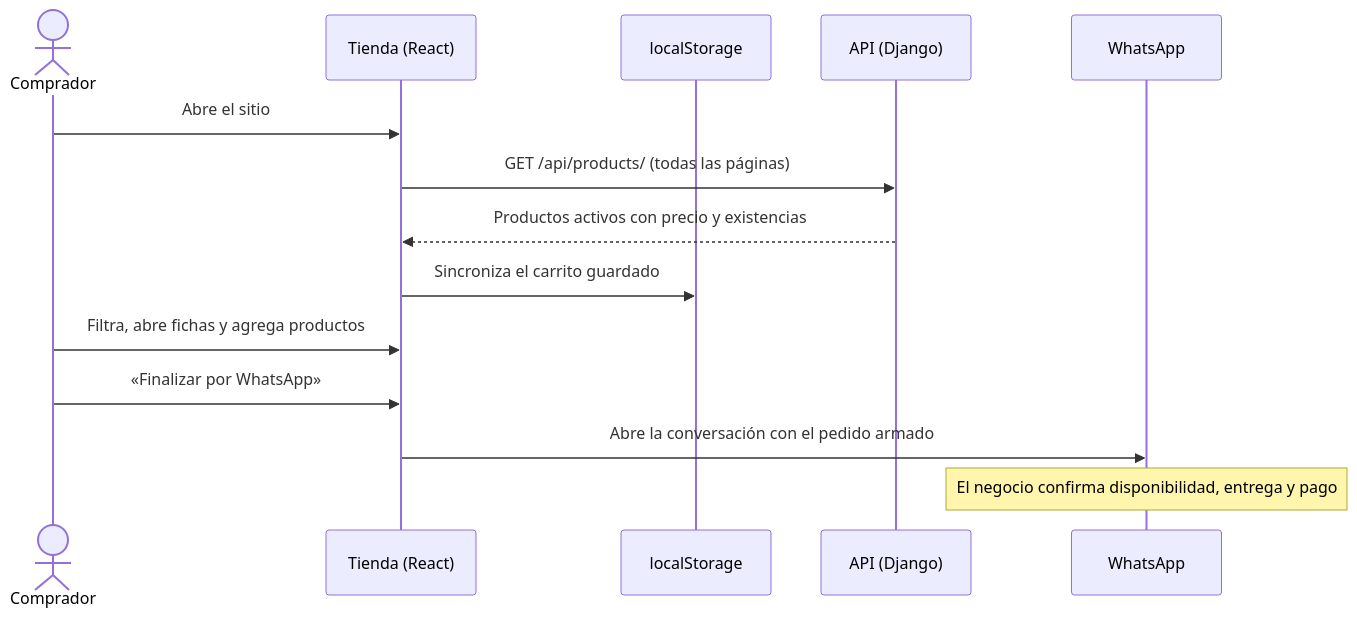
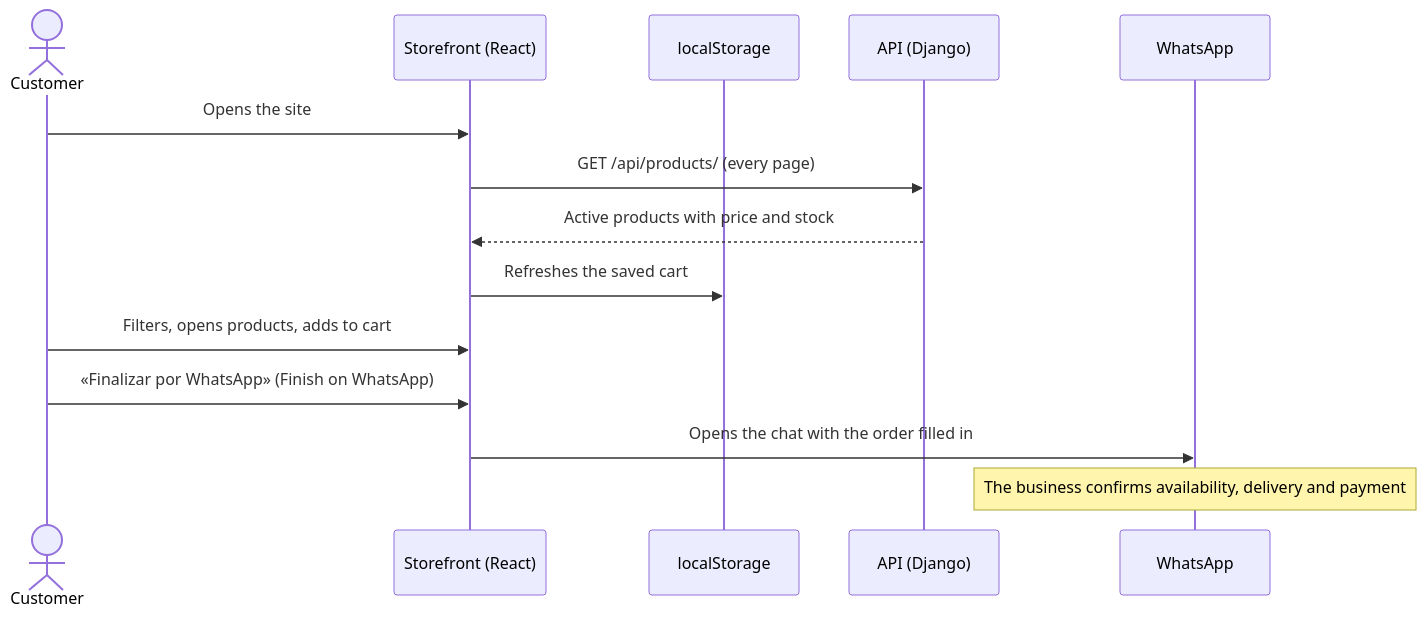
Before and after one commit to JonasJavier/Delicate-4.0: the first of 2 diagrams in README.md, drawn with Mermaid. The commit also changed other lines of this file and 6 other files, not shown here.

````diff
--- a/README.md
+++ b/README.md
@@ -98,17 +98,17 @@
 ```mermaid
 sequenceDiagram
-  actor C as Comprador
-  participant T as Tienda (React)
+  actor C as Customer
+  participant T as Storefront (React)
   participant L as localStorage
   participant A as API (Django)
   participant W as WhatsApp
 
-  C->>T: Abre el sitio
-  T->>A: GET /api/products/ (todas las páginas)
-  A-->>T: Productos activos con precio y existencias
-  T->>L: Sincroniza el carrito guardado
-  C->>T: Filtra, abre fichas y agrega productos
-  C->>T: «Finalizar por WhatsApp»
-  T->>W: Abre la conversación con el pedido armado
-  Note over W: El negocio confirma disponibilidad, entrega y pago
+  C->>T: Opens the site
+  T->>A: GET /api/products/ (every page)
+  A-->>T: Active products with price and stock
+  T->>L: Refreshes the saved cart
+  C->>T: Filters, opens products, adds to cart
+  C->>T: «Finalizar por WhatsApp» (Finish on WhatsApp)
+  T->>W: Opens the chat with the order filled in
+  Note over W: The business confirms availability, delivery and payment
 ```
````
